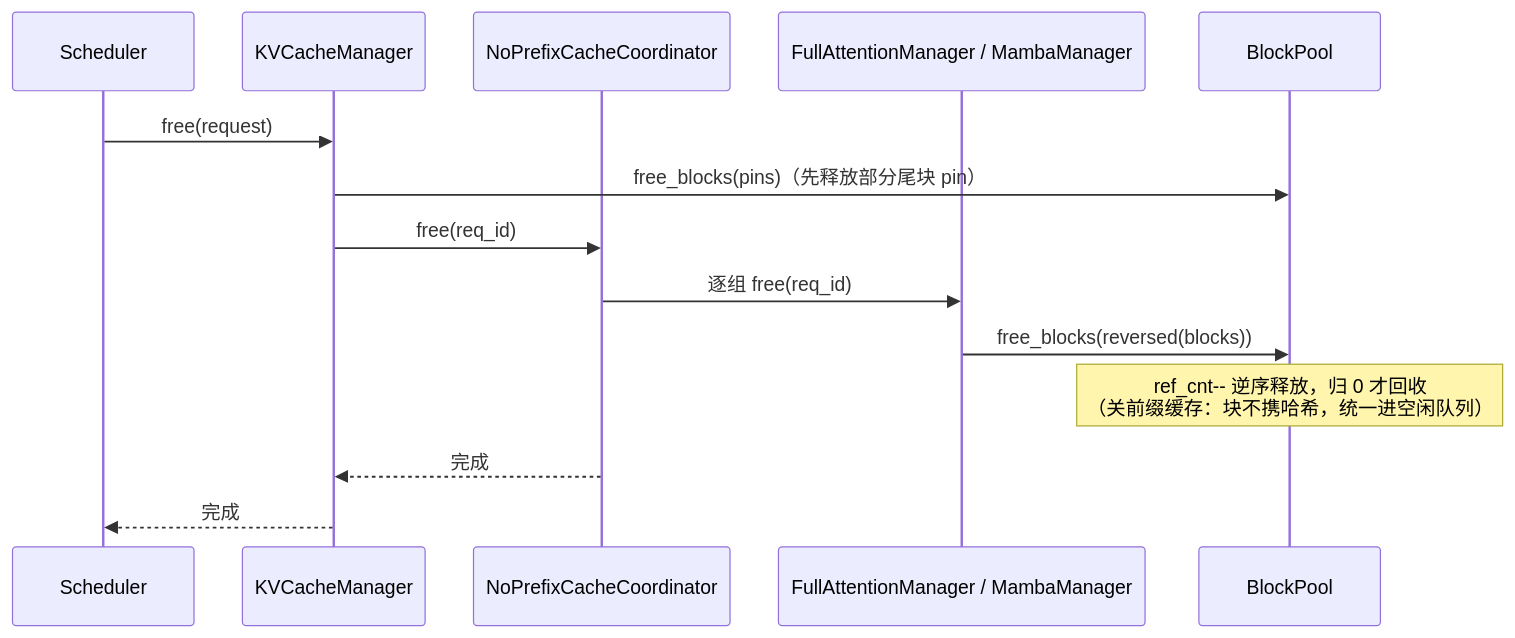
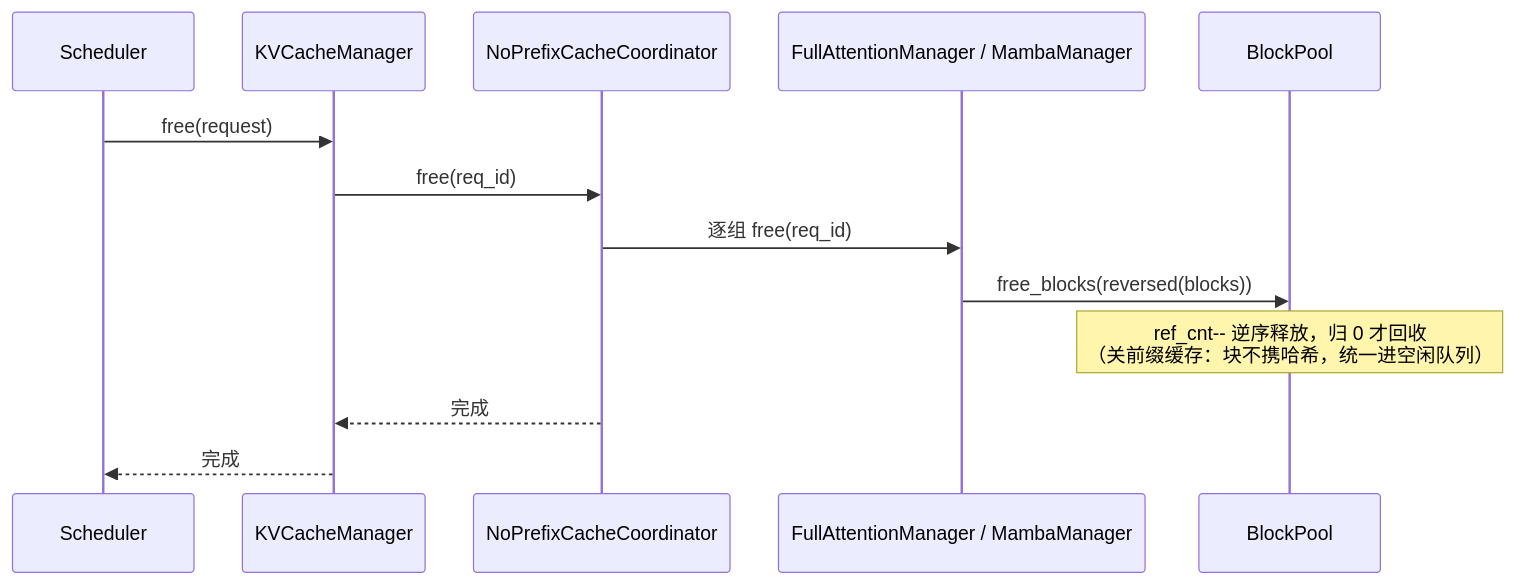
The fourth of 4 diagrams in vllm/v1/core/kvcache_study/kvcache_docs/npu_hybrid/2_runtime_sequence.md (GoCHug/vllm), drawn with Mermaid before and after one commit. The commit also changed other lines of this file, not shown here.

````diff
--- a/vllm/v1/core/kvcache_study/kvcache_docs/npu_hybrid/2_runtime_sequence.md
+++ b/vllm/v1/core/kvcache_study/kvcache_docs/npu_hybrid/2_runtime_sequence.md
@@ -271,17 +702,16 @@
 ```mermaid
 %%{init: {"themeVariables": {"actorFontSize": "11px", "messageFontSize": "11px", "noteFontSize": "11px"}, "sequence": {"actorMargin": 40, "messageMargin": 16, "noteMargin": 8, "boxMargin": 8, "mirrorActors": true}}}%%
 sequenceDiagram
     participant Scheduler
     participant KVCacheManager
     participant NoPrefixCacheCoordinator
     participant Managers as FullAttentionManager / MambaManager
     participant BlockPool
     Scheduler->>KVCacheManager: free(request)
-    KVCacheManager->>BlockPool: free_blocks(pins)（先释放部分尾块 pin）
     KVCacheManager->>NoPrefixCacheCoordinator: free(req_id)
     NoPrefixCacheCoordinator->>Managers: 逐组 free(req_id)
     Managers->>BlockPool: free_blocks(reversed(blocks))
     Note over BlockPool: ref_cnt-- 逆序释放，归 0 才回收<br/>（关前缀缓存：块不携哈希，统一进空闲队列）
     NoPrefixCacheCoordinator-->>KVCacheManager: 完成
     KVCacheManager-->>Scheduler: 完成
 ```
````
